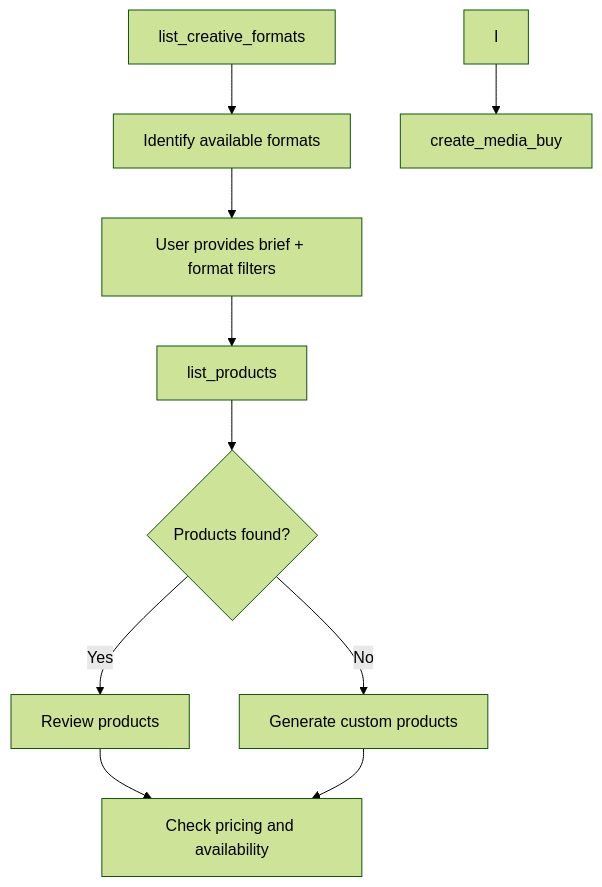
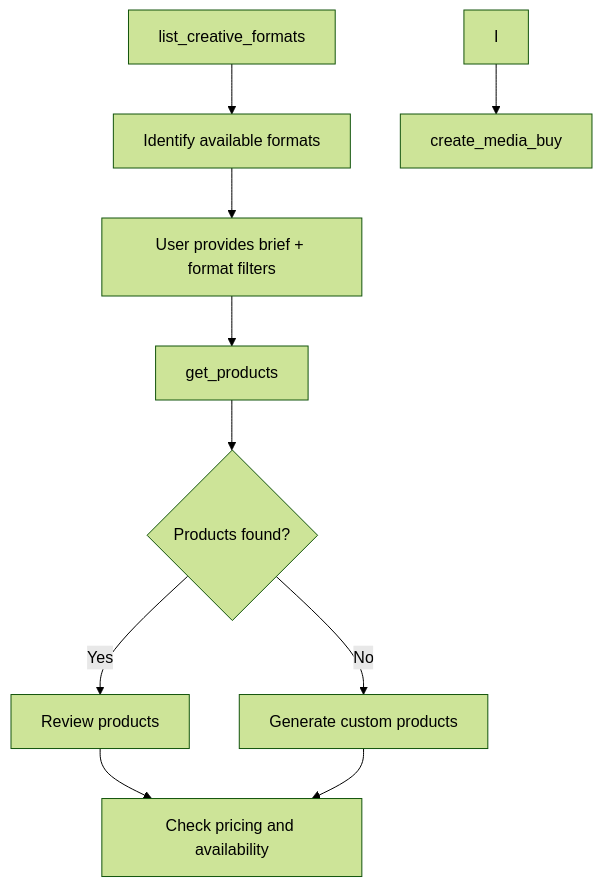
The diagram in docs/media-buy/product-discovery.md (adcontextprotocol/adcp), drawn with Mermaid (forest theme) before and after one commit. The commit also changed other lines of this file and 2 other files, not shown here.

First line of the commit message:
feat: align with signals agent spec and add get_signals endpoint

````diff
--- a/docs/media-buy/product-discovery.md
+++ b/docs/media-buy/product-discovery.md
@@ -202,12 +202,12 @@
 ```mermaid
 graph TD
     A[list_creative_formats] --> B[Identify available formats]
     B --> C[User provides brief + format filters]
-    C --> D[list_products]
+    C --> D[get_products]
     D --> E{Products found?}
     E -->|Yes| F[Review products]
     E -->|No| G[Generate custom products]
     F --> H[Check pricing and availability]
     G --> H
     I --> J[create_media_buy]
 ```
````
